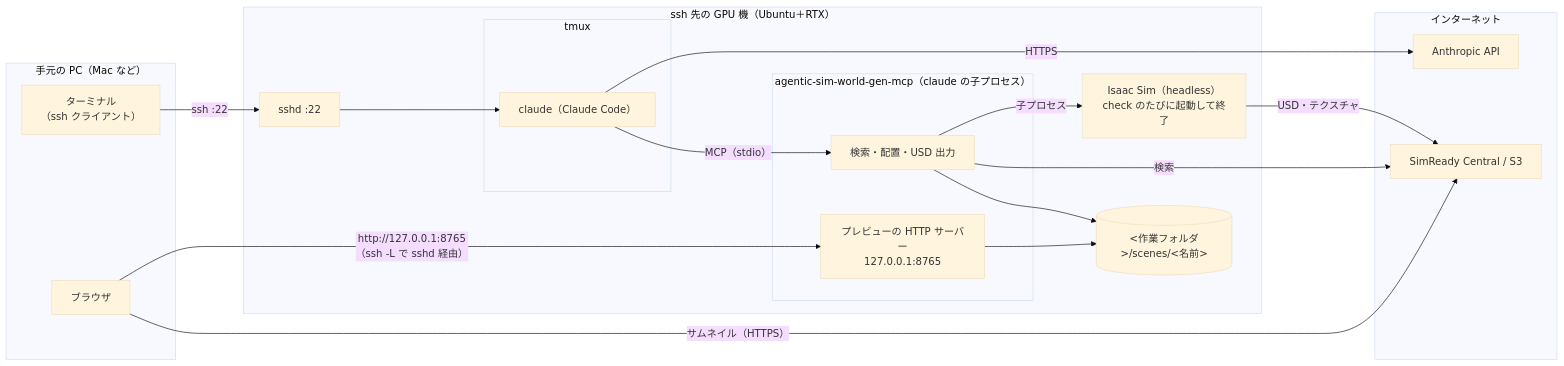
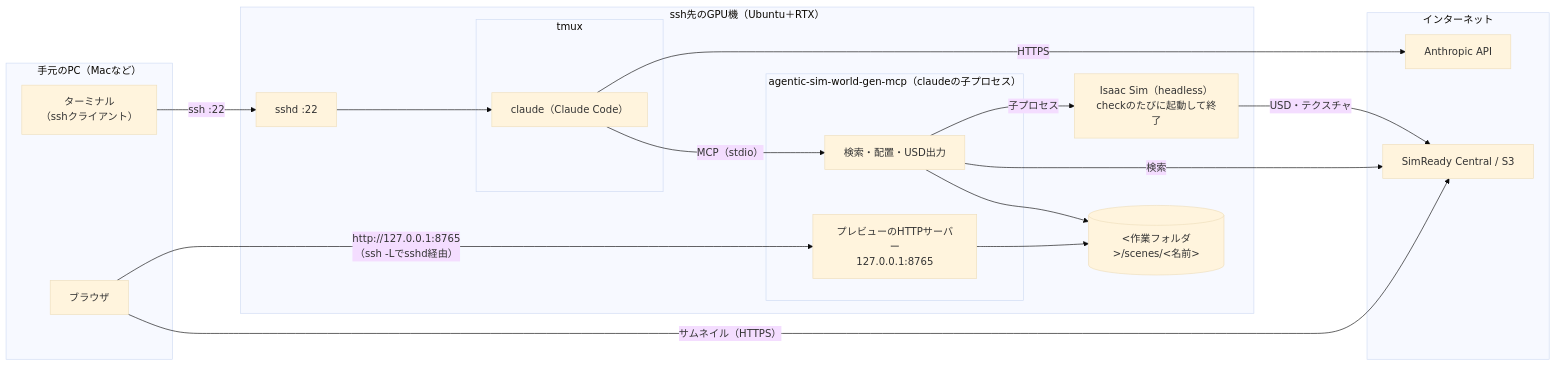
Before and after one commit to atinfinity/agentic-sim-world-gen: the diagram in docs/use-ssh.md, drawn with Mermaid (base theme). The commit also changed 4 other files, not shown here.

Commit message:
Japanese docs: drop half-width spaces between Japanese and ASCII in the mermaid diagrams too

````diff
--- a/docs/use-ssh.md
+++ b/docs/use-ssh.md
@@ -8,34 +8,34 @@
 ```mermaid
 flowchart LR
-  subgraph local["手元の PC（Mac など）"]
-    term["ターミナル<br/>（ssh クライアント）"]
+  subgraph local["手元のPC（Macなど）"]
+    term["ターミナル<br/>（sshクライアント）"]
     browser["ブラウザ"]
   end
-  subgraph gpu["ssh 先の GPU 機（Ubuntu＋RTX）"]
+  subgraph gpu["ssh先のGPU機（Ubuntu＋RTX）"]
     sshd["sshd :22"]
     subgraph tmux["tmux"]
       claude["claude（Claude Code）"]
     end
-    subgraph mcp["agentic-sim-world-gen-mcp（claude の子プロセス）"]
-      svc["検索・配置・USD 出力"]
-      preview["プレビューの HTTP サーバー<br/>127.0.0.1:8765"]
+    subgraph mcp["agentic-sim-world-gen-mcp（claudeの子プロセス）"]
+      svc["検索・配置・USD出力"]
+      preview["プレビューのHTTPサーバー<br/>127.0.0.1:8765"]
     end
-    isaac["Isaac Sim（headless）<br/>check のたびに起動して終了"]
+    isaac["Isaac Sim（headless）<br/>checkのたびに起動して終了"]
     files[("&lt;作業フォルダ&gt;/scenes/&lt;名前&gt;")]
   end
   subgraph net["インターネット"]
     anthropic["Anthropic API"]
     hf["SimReady Central / S3"]
   end
   term -- "ssh :22" --> sshd
   sshd --> claude
-  browser -- "http://127.0.0.1:8765<br/>（ssh -L で sshd 経由）" --> preview
+  browser -- "http://127.0.0.1:8765<br/>（ssh -Lでsshd経由）" --> preview
   browser -- "サムネイル（HTTPS）" --> hf
   claude -- "HTTPS" --> anthropic
   claude -- "MCP（stdio）" --> svc
   svc -- "子プロセス" --> isaac
   svc -- "検索" --> hf
   isaac -- "USD・テクスチャ" --> hf
   svc --> files
   preview --> files
 ```
````
